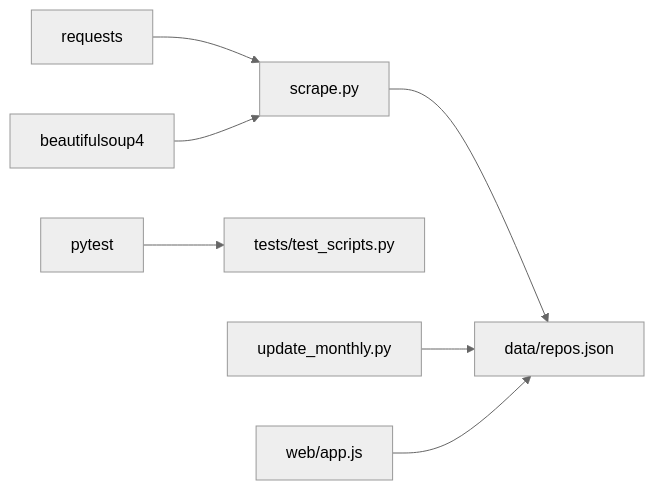
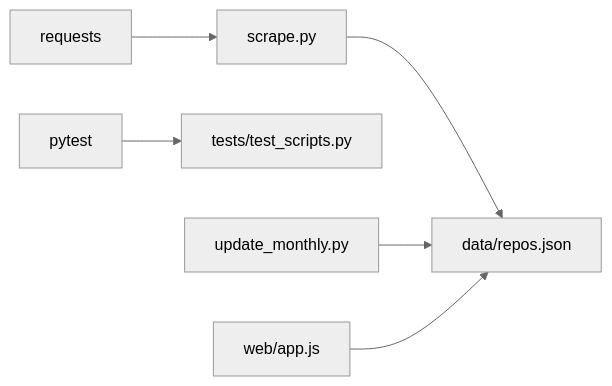
One commit to allengaller/repo-database changed the fifth of 5 diagrams in .qoder/repowiki/zh/content/部署与运维.md. Above: the diagram before and after it, drawn with Mermaid (neutral theme). The commit also changed other lines of this file and 38 other files, not shown here.

````diff
--- a/.qoder/repowiki/zh/content/部署与运维.md
+++ b/.qoder/repowiki/zh/content/部署与运维.md
@@ -340,9 +352,8 @@
 ```mermaid
 graph LR
 RQ["requests"] --> S1["scrape.py"]
-BS4["beautifulsoup4"] --> S1
 PYTEST["pytest"] --> T1["tests/test_scripts.py"]
 S1 --> DATA["data/repos.json"]
 S2["update_monthly.py"] --> DATA
 APP["web/app.js"] --> DATA
 ```
````
